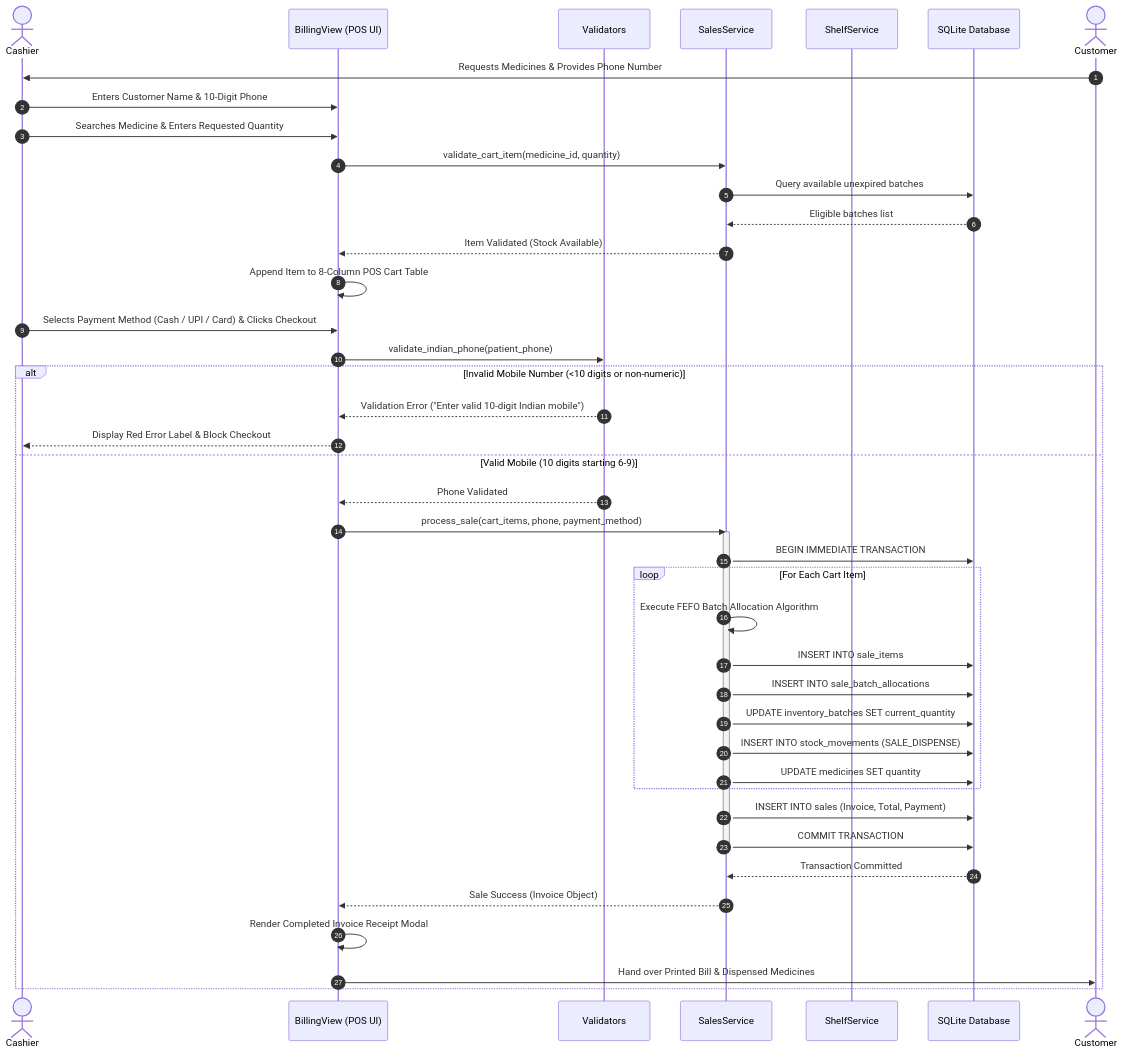
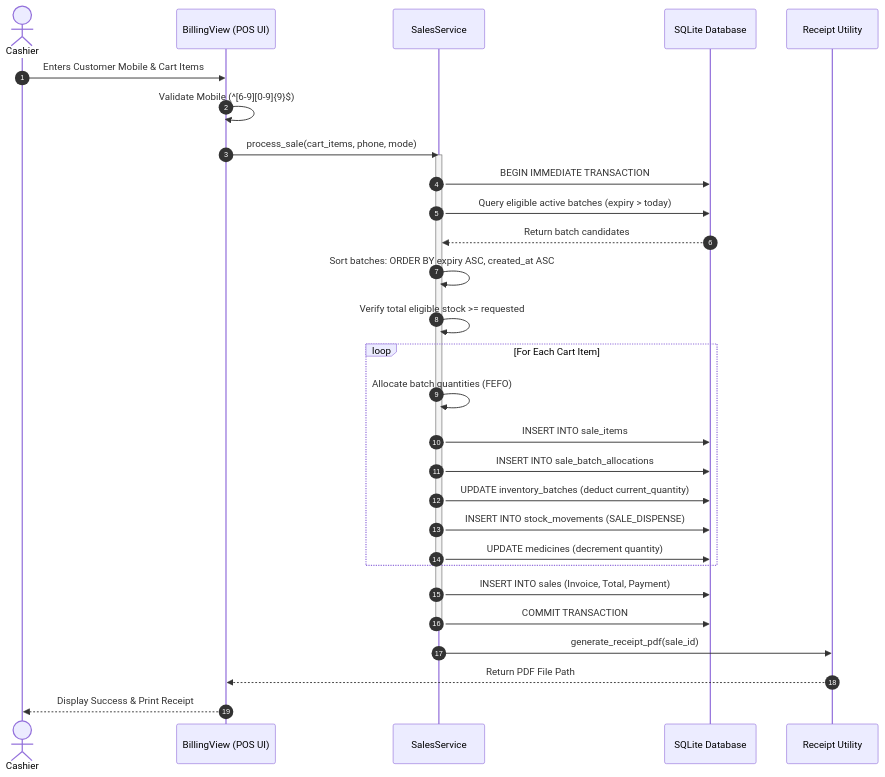
The ninth of 13 diagrams in docs/SRS_Pharmacy_Management_System.md (priyanshupokhariya5-crypto/Pharmacy-Management-System), drawn with Mermaid before and after one commit. The commit also changed other lines of this file and 62 other files, not shown here.

````diff
--- a/docs/SRS_Pharmacy_Management_System.md
+++ b/docs/SRS_Pharmacy_Management_System.md
@@ -2224,47 +571,33 @@
 ```mermaid
 sequenceDiagram
     autonumber
     actor Cashier
     participant UI as BillingView (POS UI)
-    participant Val as Validators
     participant Svc as SalesService
-    participant Shelf as ShelfService
     participant DB as SQLite Database
-    actor Customer
+    participant FPDF as Receipt Utility
 
-    Customer->>Cashier: Requests Medicines & Provides Phone Number
-    Cashier->>UI: Enters Customer Name & 10-Digit Phone
-    Cashier->>UI: Searches Medicine & Enters Requested Quantity
-    UI->>Svc: validate_cart_item(medicine_id, quantity)
-    Svc->>DB: Query available unexpired batches
-    DB-->>Svc: Eligible batches list
-    Svc-->>UI: Item Validated (Stock Available)
-    UI->>UI: Append Item to 8-Column POS Cart Table
-
-    Cashier->>UI: Selects Payment Method (Cash / UPI / Card) & Clicks Checkout
-    UI->>Val: validate_indian_phone(patient_phone)
-    alt Invalid Mobile Number (<10 digits or non-numeric)
-        Val-->>UI: Validation Error ("Enter valid 10-digit Indian mobile")
-        UI-->>Cashier: Display Red Error Label & Block Checkout
-    else Valid Mobile (10 digits starting 6-9)
-        Val-->>UI: Phone Validated
-        UI->>Svc: process_sale(cart_items, phone, payment_method)
-        activate Svc
-        Svc->>DB: BEGIN IMMEDIATE TRANSACTION
-        loop For Each Cart Item
-            Svc->>Svc: Execute FEFO Batch Allocation Algorithm
-            Svc->>DB: INSERT INTO sale_items
-            Svc->>DB: INSERT INTO sale_batch_allocations
-            Svc->>DB: UPDATE inventory_batches SET current_quantity
-            Svc->>DB: INSERT INTO stock_movements (SALE_DISPENSE)
-            Svc->>DB: UPDATE medicines SET quantity
-        end
-        Svc->>DB: INSERT INTO sales (Invoice, Total, Payment)
-        Svc->>DB: COMMIT TRANSACTION
-        deactivate Svc
-        DB-->>Svc: Transaction Committed
-        Svc-->>UI: Sale Success (Invoice Object)
-        UI->>UI: Render Completed Invoice Receipt Modal
-        UI->>Customer: Hand over Printed Bill & Dispensed Medicines
+    Cashier->>UI: Enters Customer Mobile & Cart Items
+    UI->>UI: Validate Mobile (^[6-9][0-9]{9}$)
+    UI->>Svc: process_sale(cart_items, phone, mode)
+    activate Svc
+    Svc->>DB: BEGIN IMMEDIATE TRANSACTION
+    Svc->>DB: Query eligible active batches (expiry > today)
+    DB-->>Svc: Return batch candidates
+    Svc->>Svc: Sort batches: ORDER BY expiry ASC, created_at ASC
+    Svc->>Svc: Verify total eligible stock >= requested
+    loop For Each Cart Item
+        Svc->>Svc: Allocate batch quantities (FEFO)
+        Svc->>DB: INSERT INTO sale_items
+        Svc->>DB: INSERT INTO sale_batch_allocations
+        Svc->>DB: UPDATE inventory_batches (deduct current_quantity)
+        Svc->>DB: INSERT INTO stock_movements (SALE_DISPENSE)
+        Svc->>DB: UPDATE medicines (decrement quantity)
     end
+    Svc->>DB: INSERT INTO sales (Invoice, Total, Payment)
+    Svc->>DB: COMMIT TRANSACTION
+    deactivate Svc
+    Svc->>FPDF: generate_receipt_pdf(sale_id)
+    FPDF-->>UI: Return PDF File Path
+    UI-->>Cashier: Display Success & Print Receipt
 ```
````
